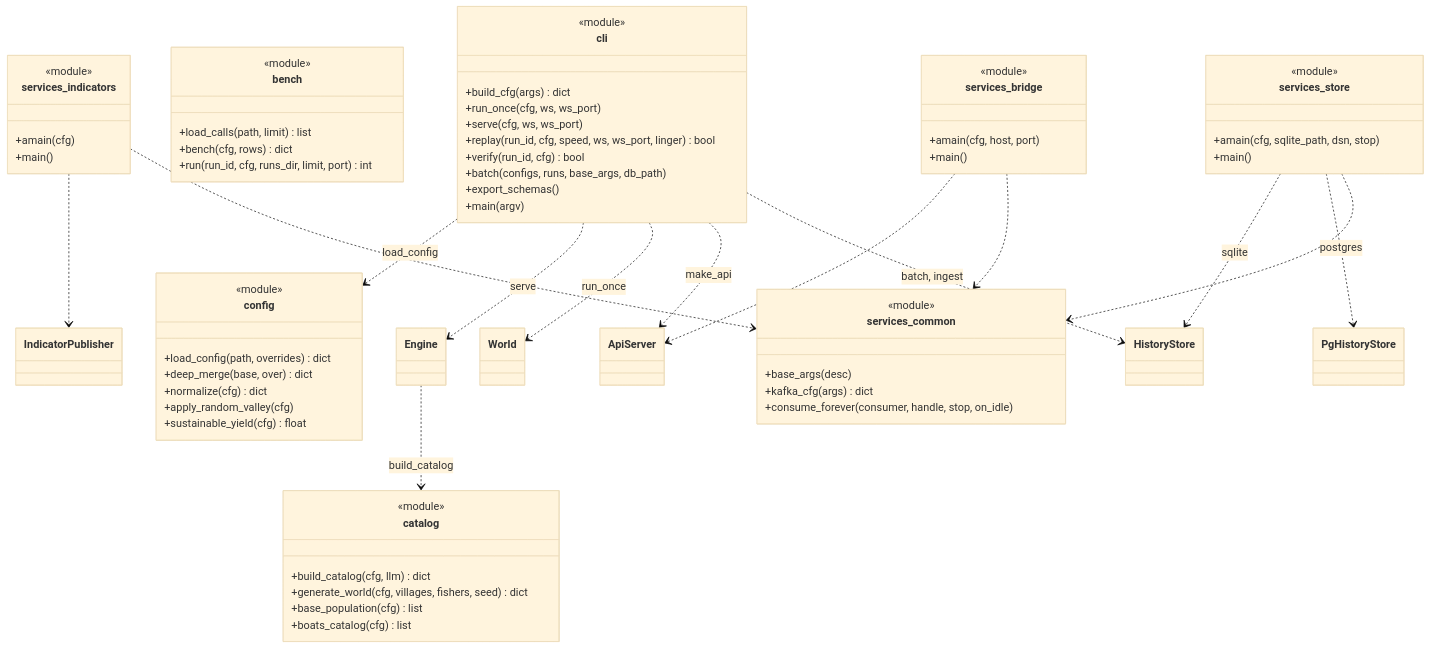
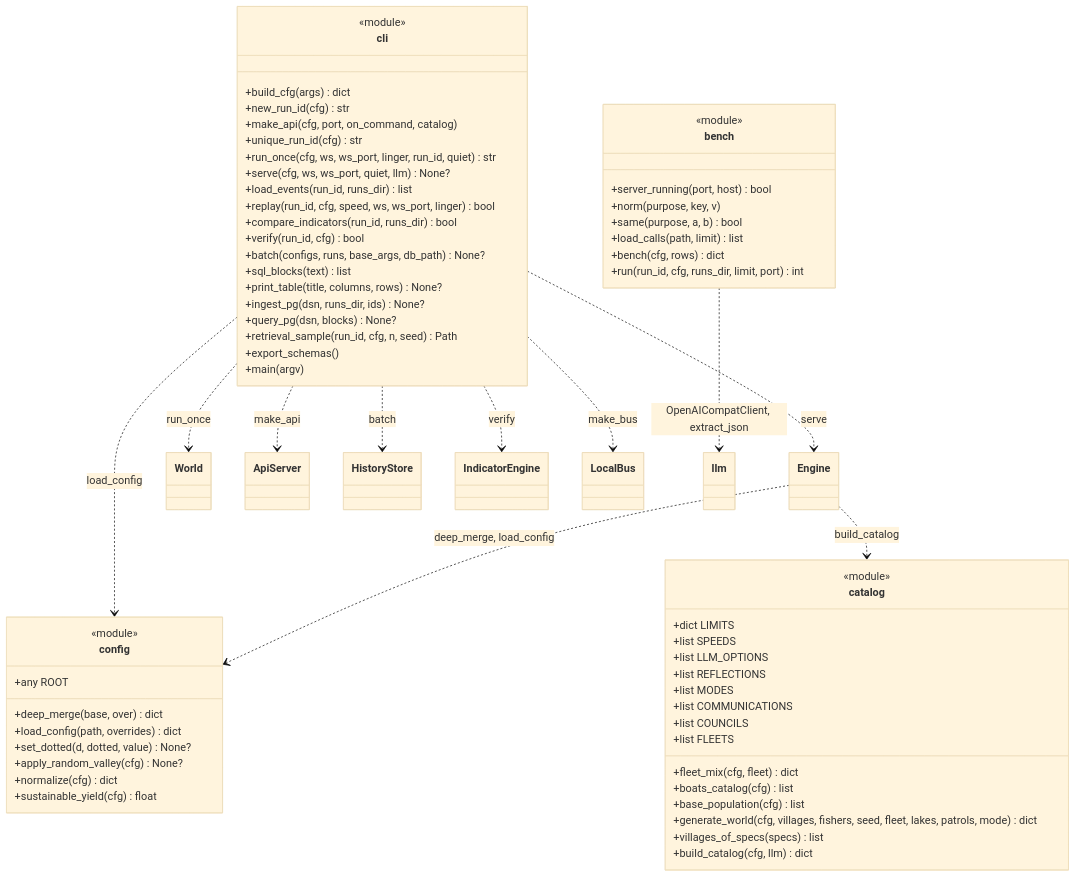
The sixth of 6 diagrams in docs/uml/classes-infrastructure.md (Romain-LM-Dev/Projet-Parcours---Filets-de-Vellmor), drawn with Mermaid (base theme) before and after one commit. The commit also changed other lines of this file and 11 other files, not shown here.

Commit message:
Docs : diagrammes UML complets (97 : chaque classe avec tous ses attributs et méthodes, World et WorldView en vues par domaine, 8 scénarios en séquence et en communication, ~95 cas d'utilisation) ; index dans le README ; PDF régénéré (125 pages) et son script docs/uml/build_pdf.py

````diff
--- a/docs/uml/classes-infrastructure.md
+++ b/docs/uml/classes-infrastructure.md
@@ -232,76 +574,77 @@
 ```mermaid
 classDiagram
-    class cli {
-        <<module>>
-        +build_cfg(args) dict
-        +run_once(cfg, ws, ws_port)
-        +serve(cfg, ws, ws_port)
-        +replay(run_id, cfg, speed, ws, ws_port, linger) bool
-        +verify(run_id, cfg) bool
-        +batch(configs, runs, base_args, db_path)
-        +export_schemas()
-        +main(argv)
-    }
     class config {
         <<module>>
+        +any ROOT
+        +deep_merge(base, over) dict
         +load_config(path, overrides) dict
-        +deep_merge(base, over) dict
+        +set_dotted(d, dotted, value) None?
+        +apply_random_valley(cfg) None?
         +normalize(cfg) dict
-        +apply_random_valley(cfg)
         +sustainable_yield(cfg) float
     }
     class catalog {
         <<module>>
+        +dict LIMITS
+        +list SPEEDS
+        +list LLM_OPTIONS
+        +list REFLECTIONS
+        +list MODES
+        +list COMMUNICATIONS
+        +list COUNCILS
+        +list FLEETS
+        +fleet_mix(cfg, fleet) dict
+        +boats_catalog(cfg) list
+        +base_population(cfg) list
+        +generate_world(cfg, villages, fishers, seed, fleet, lakes, patrols, mode) dict
+        +villages_of_specs(specs) list
         +build_catalog(cfg, llm) dict
-        +generate_world(cfg, villages, fishers, seed) dict
-        +base_population(cfg) list
-        +boats_catalog(cfg) list
+    }
+    class cli {
+        <<module>>
+        +build_cfg(args) dict
+        +new_run_id(cfg) str
+        +make_api(cfg, port, on_command, catalog)
+        +unique_run_id(cfg) str
+        +run_once(cfg, ws, ws_port, linger, run_id, quiet) str
+        +serve(cfg, ws, ws_port, quiet, llm) None?
+        +load_events(run_id, runs_dir) list
+        +replay(run_id, cfg, speed, ws, ws_port, linger) bool
+        +compare_indicators(run_id, runs_dir) bool
+        +verify(run_id, cfg) bool
+        +batch(configs, runs, base_args, db_path) None?
+        +sql_blocks(text) list
+        +print_table(title, columns, rows) None?
+        +ingest_pg(dsn, runs_dir, ids) None?
+        +query_pg(dsn, blocks) None?
+        +retrieval_sample(run_id, cfg, n, seed) Path
+        +export_schemas()
+        +main(argv)
     }
     class bench {
         <<module>>
+        +server_running(port, host) bool
+        +norm(purpose, key, v)
+        +same(purpose, a, b) bool
         +load_calls(path, limit) list
         +bench(cfg, rows) dict
         +run(run_id, cfg, runs_dir, limit, port) int
     }
-    class services_indicators {
-        <<module>>
-        +amain(cfg)
-        +main()
-    }
-    class services_store {
-        <<module>>
-        +amain(cfg, sqlite_path, dsn, stop)
-        +main()
-    }
-    class services_bridge {
-        <<module>>
-        +amain(cfg, host, port)
-        +main()
-    }
-    class services_common {
-        <<module>>
-        +base_args(desc)
-        +kafka_cfg(args) dict
-        +consume_forever(consumer, handle, stop, on_idle)
-    }
     class Engine
     class World
     class ApiServer
-    class IndicatorPublisher
     class HistoryStore
-    class PgHistoryStore
-
+    class IndicatorEngine
+    class LocalBus
+    class llm
     cli ..> config : load_config
     cli ..> Engine : serve
     cli ..> World : run_once
     cli ..> ApiServer : make_api
-    cli ..> HistoryStore : batch, ingest
+    cli ..> HistoryStore : batch
+    cli ..> IndicatorEngine : verify
+    cli ..> LocalBus : make_bus
     Engine ..> catalog : build_catalog
-    services_indicators ..> IndicatorPublisher
-    services_indicators ..> services_common
-    services_store ..> HistoryStore : sqlite
-    services_store ..> PgHistoryStore : postgres
-    services_store ..> services_common
-    services_bridge ..> ApiServer
-    services_bridge ..> services_common
+    Engine ..> config : deep_merge, load_config
+    bench ..> llm : OpenAICompatClient, extract_json
 ```
````
